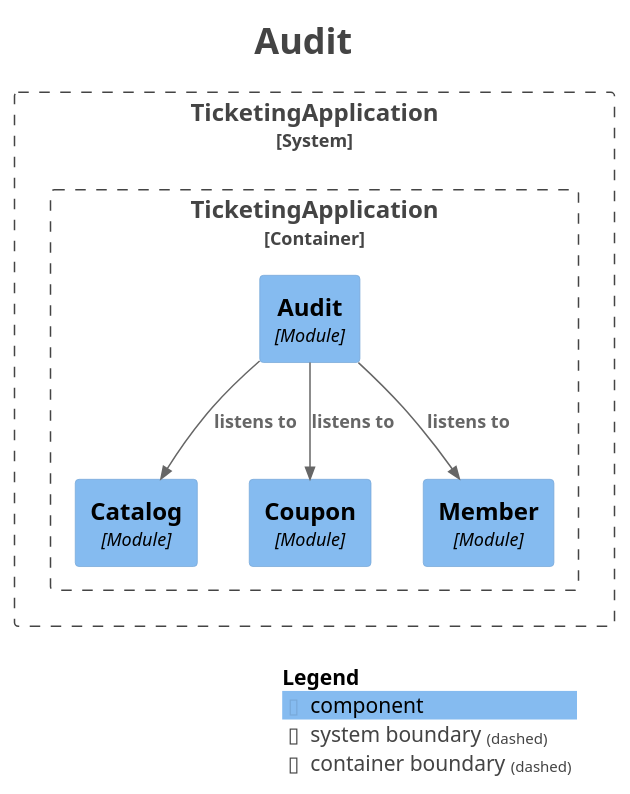
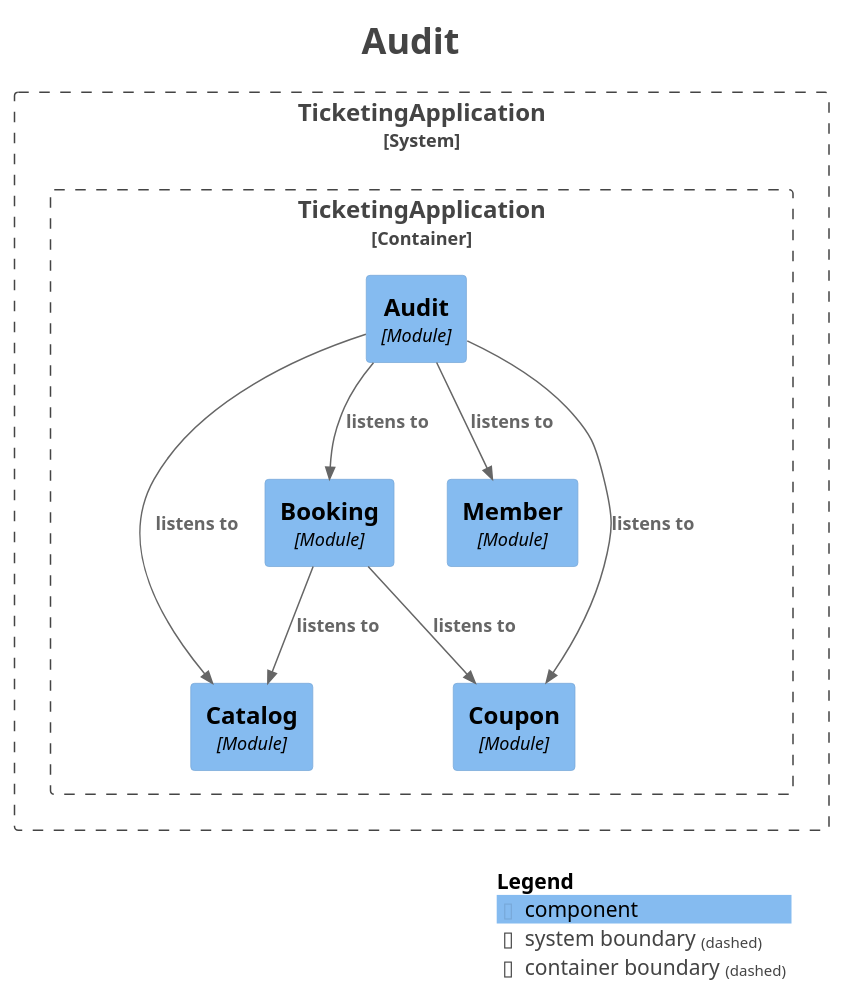
Before and after one commit to jkonury/ticketing: the diagram in docs/modulith/module-audit.puml, drawn with PlantUML. The commit also changed 11 other files, not shown here.

```diff
--- a/docs/modulith/module-audit.puml
+++ b/docs/modulith/module-audit.puml
@@ -1,34 +1,38 @@
 @startuml
 title <size:24>Audit</size>
 
 set separator none
 top to bottom direction
 
 <style>
   root {
     BackgroundColor: #ffffff
     FontColor: #444444
   }
 </style>
 
 !include <C4/C4>
 !include <C4/C4_Context>
 !include <C4/C4_Component>
 
 System_Boundary("TicketingApplication_boundary", "TicketingApplication", $tags="") {
   Container_Boundary("TicketingApplication.TicketingApplication_boundary", "TicketingApplication", $tags="") {
     Component(TicketingApplication.TicketingApplication.Catalog, "Catalog", $techn="Module", $descr="", $tags="", $link="")
     Component(TicketingApplication.TicketingApplication.Coupon, "Coupon", $techn="Module", $descr="", $tags="", $link="")
     Component(TicketingApplication.TicketingApplication.Member, "Member", $techn="Module", $descr="", $tags="", $link="")
+    Component(TicketingApplication.TicketingApplication.Booking, "Booking", $techn="Module", $descr="", $tags="", $link="")
     Component(TicketingApplication.TicketingApplication.Audit, "Audit", $techn="Module", $descr="", $tags="", $link="")
   }
 
 }
 
+Rel(TicketingApplication.TicketingApplication.Audit, TicketingApplication.TicketingApplication.Booking, "listens to", $techn="", $tags="", $link="")
 Rel(TicketingApplication.TicketingApplication.Audit, TicketingApplication.TicketingApplication.Coupon, "listens to", $techn="", $tags="", $link="")
 Rel(TicketingApplication.TicketingApplication.Audit, TicketingApplication.TicketingApplication.Member, "listens to", $techn="", $tags="", $link="")
 Rel(TicketingApplication.TicketingApplication.Audit, TicketingApplication.TicketingApplication.Catalog, "listens to", $techn="", $tags="", $link="")
+Rel(TicketingApplication.TicketingApplication.Booking, TicketingApplication.TicketingApplication.Coupon, "listens to", $techn="", $tags="", $link="")
+Rel(TicketingApplication.TicketingApplication.Booking, TicketingApplication.TicketingApplication.Catalog, "listens to", $techn="", $tags="", $link="")
 
 SHOW_LEGEND(true)
 hide stereotypes
 @enduml
```
